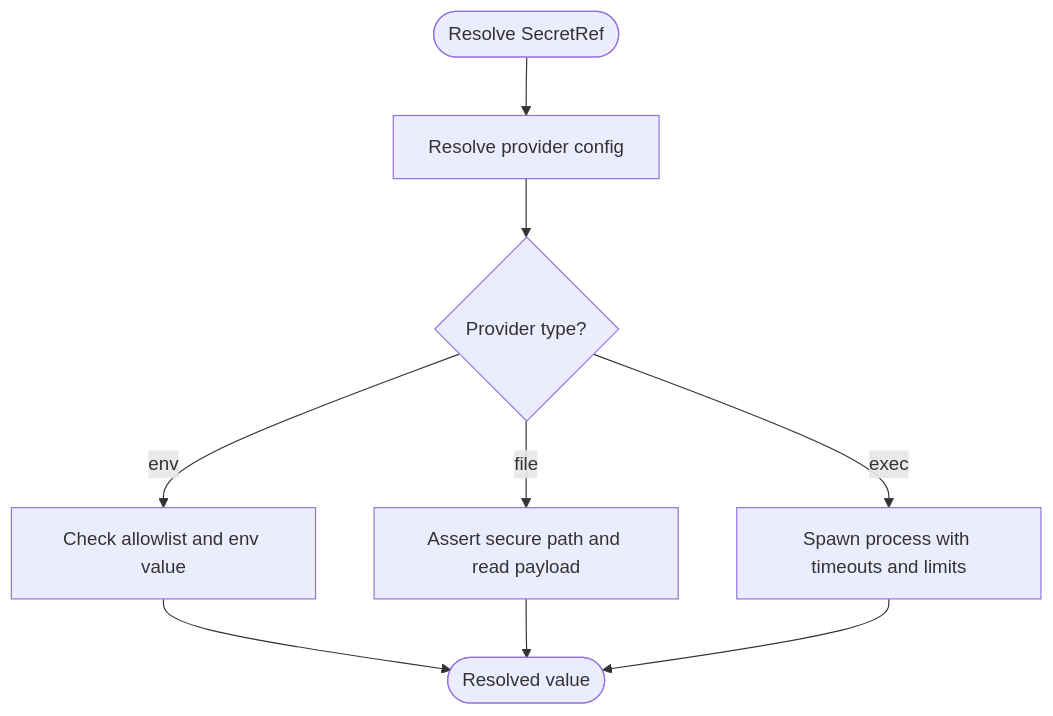
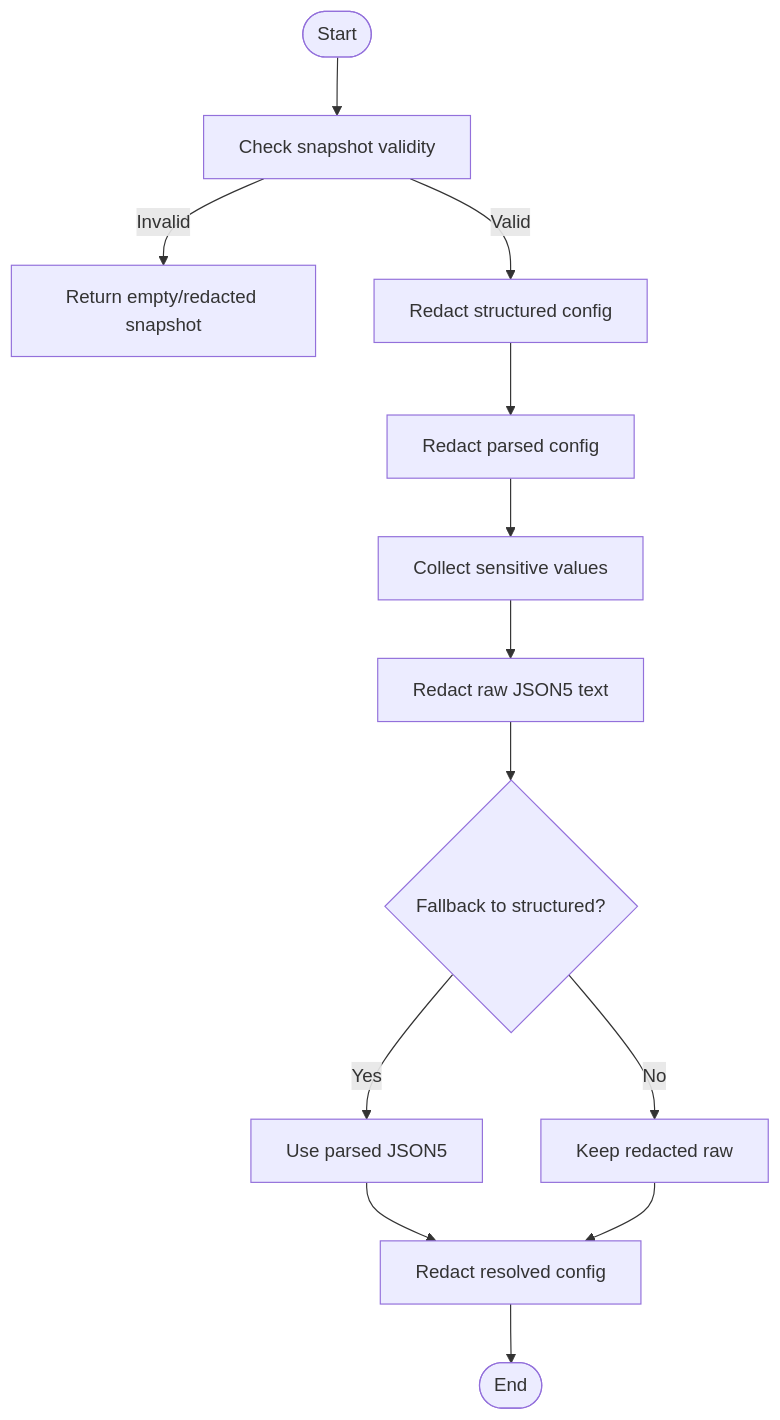
One commit to botx-work/OpenClaw-Internals changed the third of 7 diagrams in repowiki/en/content/Configuration Management/Security Configuration.md. Above: the diagram before and after it, drawn with Mermaid. The commit also changed other lines of this file and 332 other files, not shown here.

````diff
--- a/repowiki/en/content/Configuration Management/Security Configuration.md
+++ b/repowiki/en/content/Configuration Management/Security Configuration.md
@@ -195,11 +173,15 @@
 ```mermaid
 flowchart TD
-Start(["Resolve SecretRef"]) --> CheckProvider["Resolve provider config"]
-CheckProvider --> ProviderType{"Provider type?"}
-ProviderType --> |env| Env["Check allowlist and env value"]
-ProviderType --> |file| File["Assert secure path and read payload"]
-ProviderType --> |exec| Exec["Spawn process with timeouts and limits"]
-Env --> Done(["Resolved value"])
-File --> Done
-Exec --> Done
+Start(["Start"]) --> CheckValid["Check snapshot validity"]
+CheckValid --> |Invalid| ReturnEmpty["Return empty/redacted snapshot"]
+CheckValid --> |Valid| RedactObj["Redact structured config"]
+RedactObj --> RedactParsed["Redact parsed config"]
+RedactParsed --> CollectVals["Collect sensitive values"]
+CollectVals --> RedactRaw["Redact raw JSON5 text"]
+RedactRaw --> Fallback{"Fallback to structured?"}
+Fallback --> |Yes| UseParsed["Use parsed JSON5"]
+Fallback --> |No| KeepRaw["Keep redacted raw"]
+UseParsed --> RedactResolved["Redact resolved config"]
+KeepRaw --> RedactResolved
+RedactResolved --> End(["End"])
 ```
````
